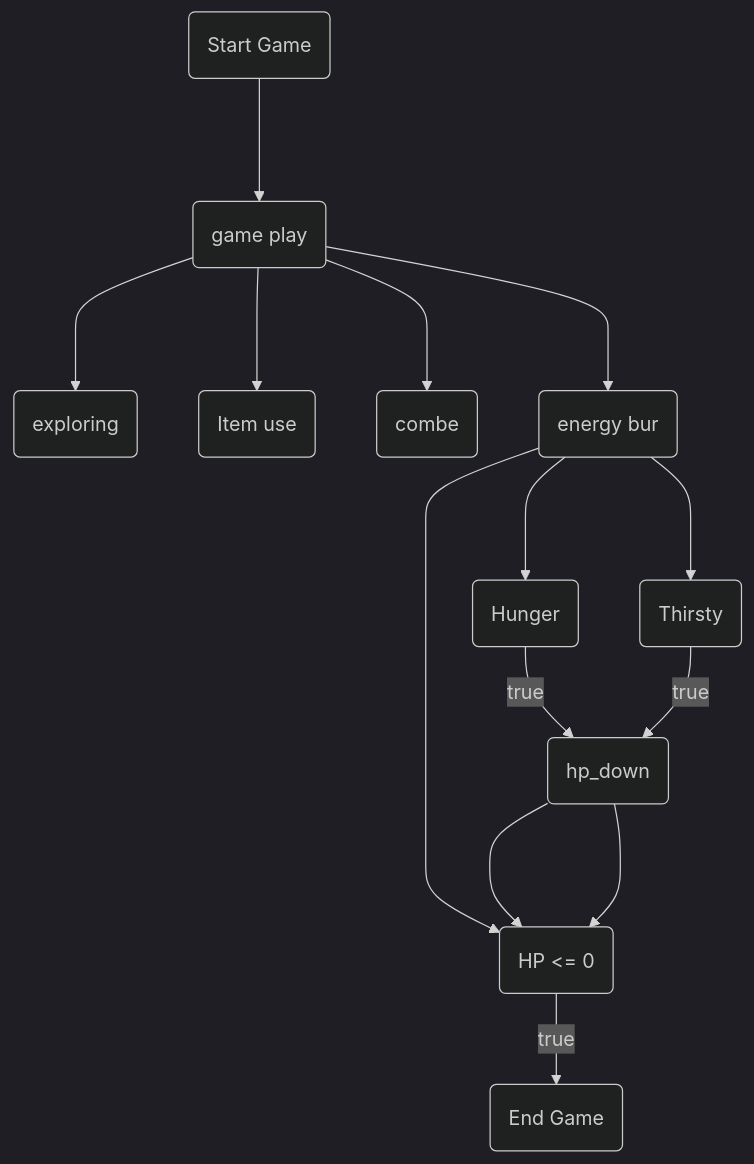
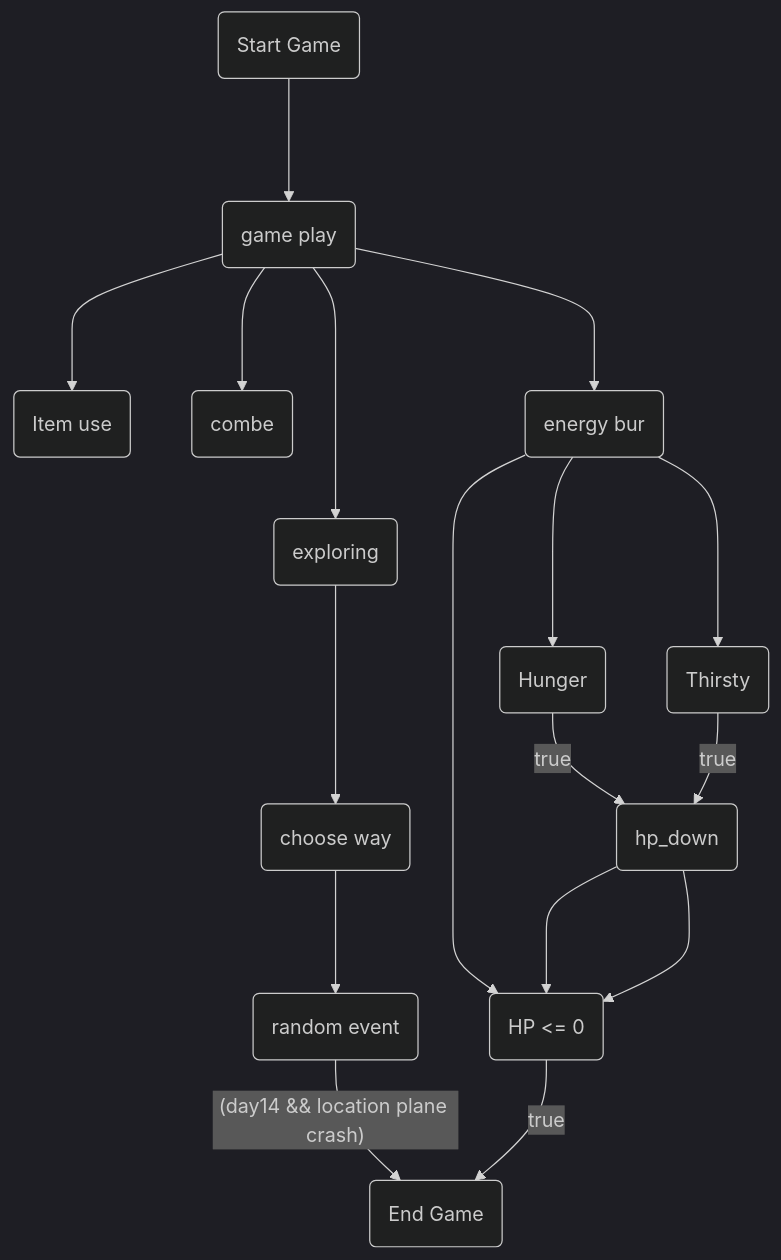
The diagram in need me.md (SSProgamer/C-Project), drawn with Mermaid (dark theme) before and after one commit.

Commit message:
Update need me.md

````diff
--- a/need me.md
+++ b/need me.md
@@ -35,11 +35,12 @@
 ```mermaid
 flowchart TD
 start(Start Game) ---> ingame(game play)
-ingame ---> explore(exploring)
+ingame ---> explore(exploring) ---> way(choose way) ---> event(random event)
+event --(day14 && location plane crash)--> e(End Game)
 ingame ---> Itemuse(Item use)
 ingame ---> combe(combe)
 ingame ---> stack(energy bur) --->hp
 stack(energy bur) --->Hunger(Hunger) --true--> hp_down(hp_down) ---> hp
 stack(energy bur) --->Thirsty(Thirsty) --true--> hp_down(hp_down) ---> hp
 hp(HP <= 0) --true--> e(End Game)
 ```
````
